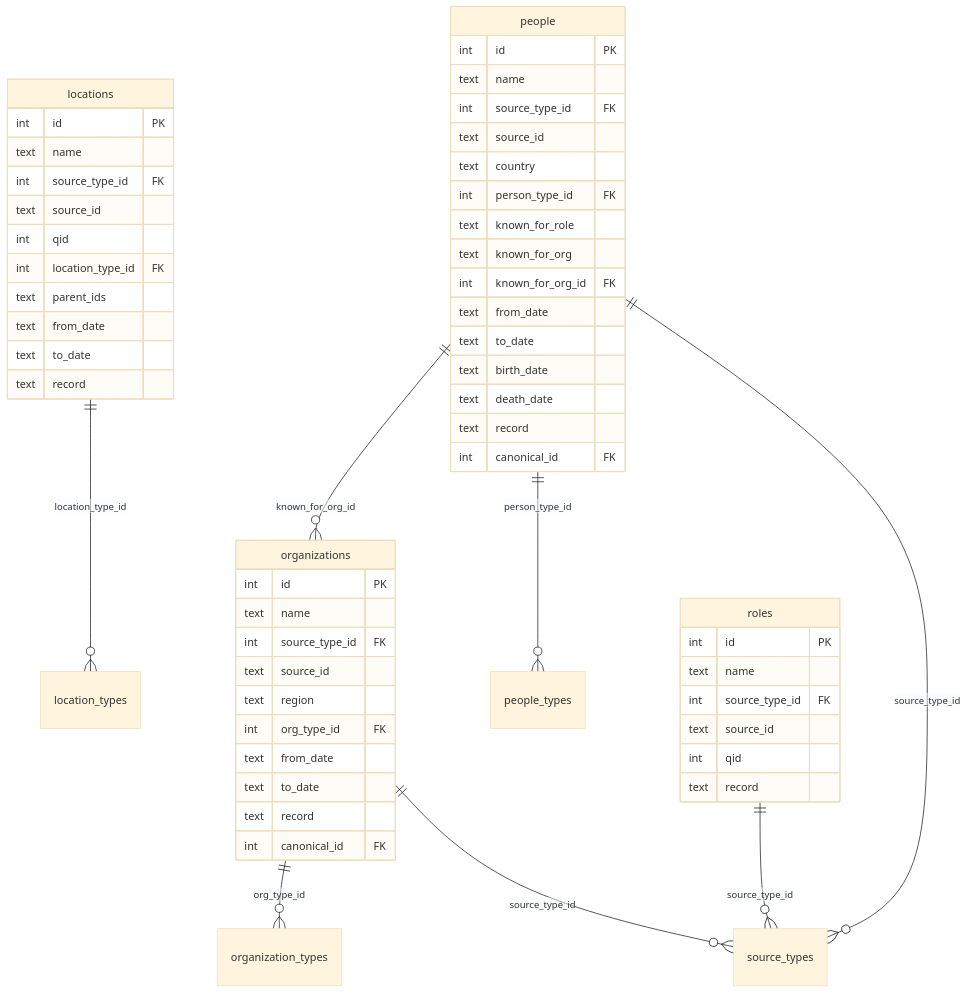
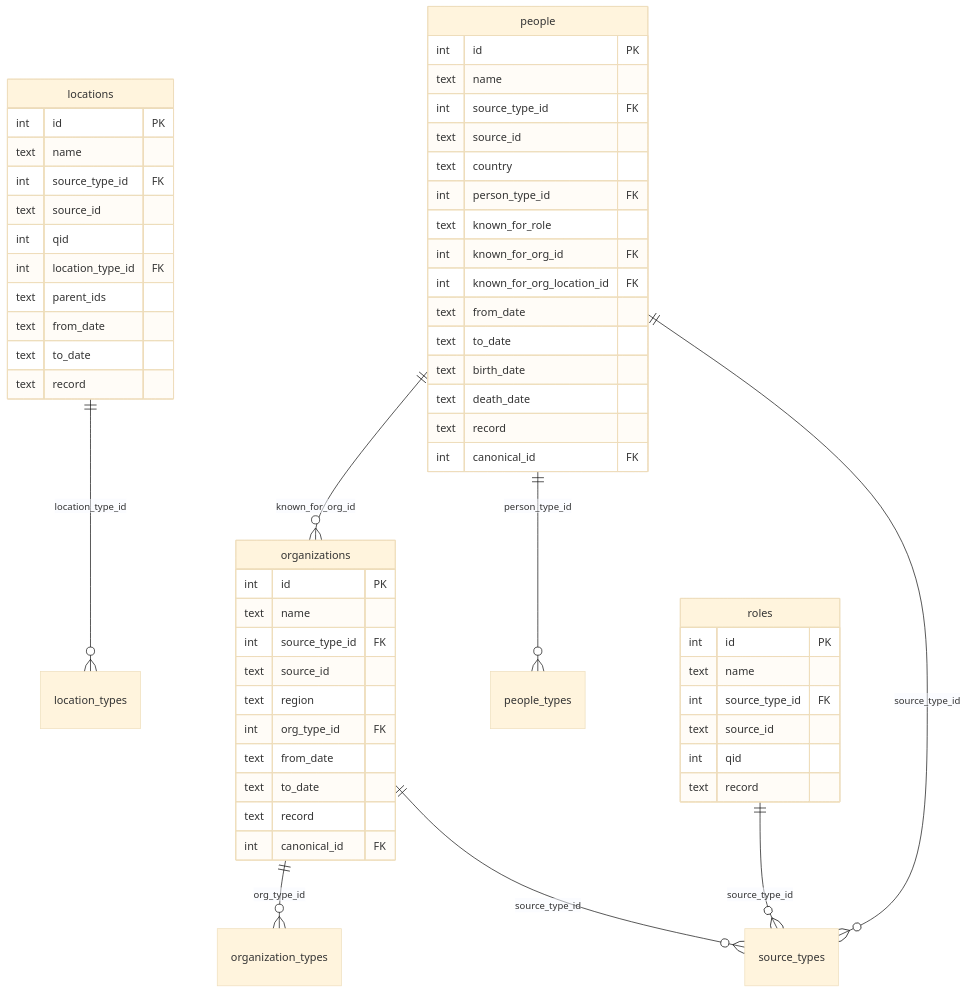
The diagram in src/app/docs/sections/database-schema.mdx (corp-o-rate/corp-entity-db), drawn with Mermaid (base theme) before and after one commit. The commit also changed other lines of this file and 26 other files, not shown here.

````diff
--- a/src/app/docs/sections/database-schema.mdx
+++ b/src/app/docs/sections/database-schema.mdx
@@ -11,63 +11,63 @@
 ```mermaid
 erDiagram
     organizations ||--o{ source_types : "source_type_id"
     organizations ||--o{ organization_types : "org_type_id"
     people ||--o{ source_types : "source_type_id"
     people ||--o{ people_types : "person_type_id"
     people ||--o{ organizations : "known_for_org_id"
     locations ||--o{ location_types : "location_type_id"
     roles ||--o{ source_types : "source_type_id"
 
     organizations {
         int id PK
         text name
         int source_type_id FK
         text source_id
         text region
         int org_type_id FK
         text from_date
         text to_date
         text record
         int canonical_id FK
     }
 
     people {
         int id PK
         text name
         int source_type_id FK
         text source_id
         text country
         int person_type_id FK
         text known_for_role
-        text known_for_org
         int known_for_org_id FK
+        int known_for_org_location_id FK
         text from_date
         text to_date
         text birth_date
         text death_date
         text record
         int canonical_id FK
     }
 
     roles {
         int id PK
         text name
         int source_type_id FK
         text source_id
         int qid
         text record
     }
 
     locations {
         int id PK
         text name
         int source_type_id FK
         text source_id
         int qid
         int location_type_id FK
         text parent_ids
         text from_date
         text to_date
         text record
     }
 ```
````
